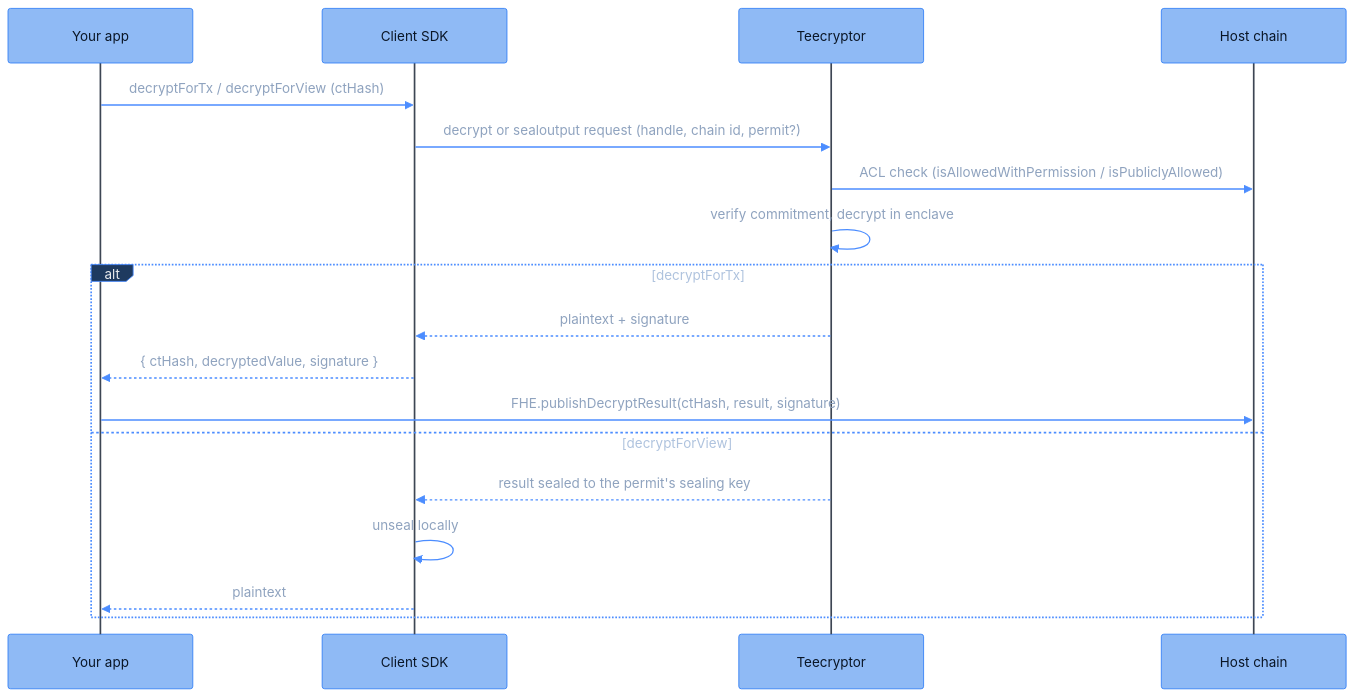
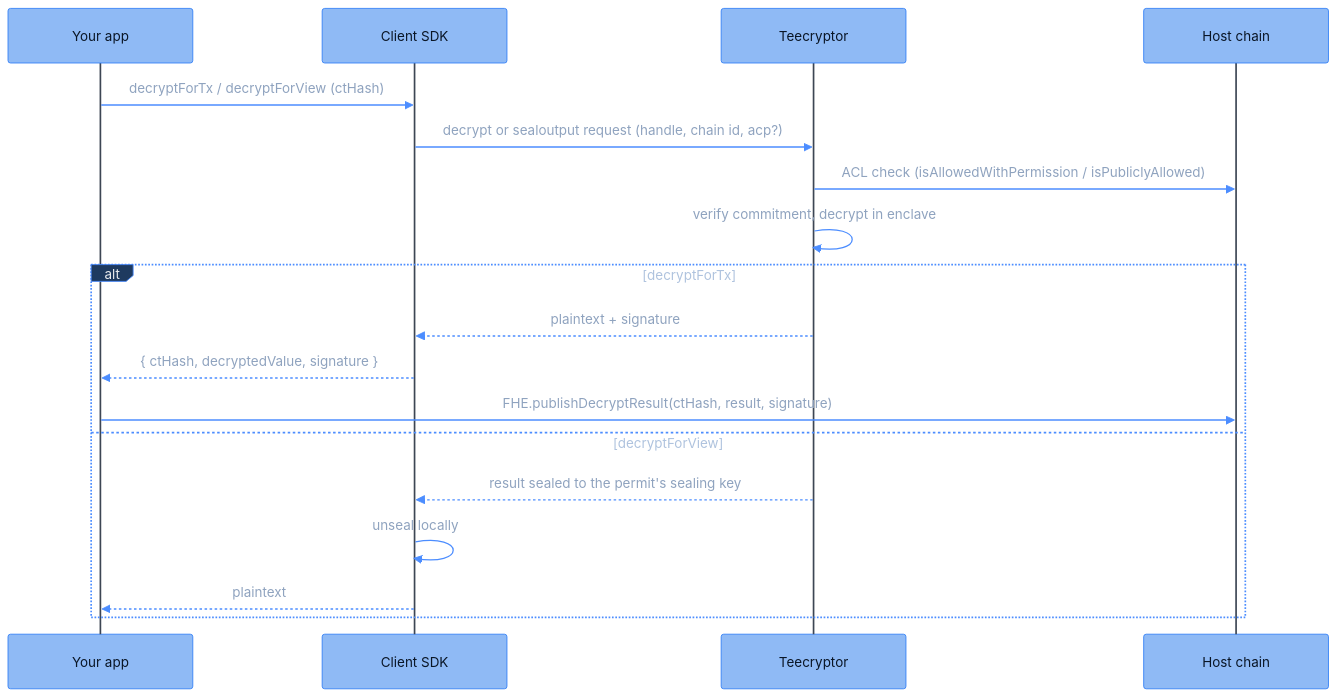
The diagram in deep-dive/data-flows/decryption-request-flow.mdx (FhenixProtocol/fhenix-developer-docs), drawn with Mermaid before and after one commit. The commit also changed other lines of this file, not shown here.

Commit message:
[DOCS] deep-dive/decryption-request-flow: define permit as ACP at first use (ACP upgrade)

````diff
--- a/deep-dive/data-flows/decryption-request-flow.mdx
+++ b/deep-dive/data-flows/decryption-request-flow.mdx
@@ -91,22 +91,22 @@
 ```mermaid
 %%{init: {"theme": "base", "themeVariables": {"fontFamily": "Menlo, Monaco, Consolas, monospace", "fontSize": "16px", "primaryColor": "#8FBAF5", "primaryBorderColor": "#2E7CF6", "primaryTextColor": "#0A1626", "lineColor": "#4C8DFF", "signalColor": "#4C8DFF", "signalTextColor": "#8FA3BF", "actorBkg": "#8FBAF5", "actorBorder": "#2E7CF6", "actorTextColor": "#0A1626", "actorLineColor": "#3D4654", "noteBkgColor": "#14171C", "noteBorderColor": "#3D4654", "noteTextColor": "#AFC3DE", "activationBkgColor": "#1E3A5F", "activationBorderColor": "#4C8DFF", "clusterBkg": "#14171C", "clusterBorder": "#3D4654", "titleColor": "#E7EAEE", "edgeLabelBackground": "#8FBAF5", "textColor": "#AFC3DE", "labelTextColor": "#E7EAEE", "tertiaryColor": "#14171C", "loopTextColor": "#AFC3DE", "labelBoxBkgColor": "#1E3A5F", "labelBoxBorderColor": "#4C8DFF"}, "sequence": {"actorFontFamily": "Menlo, Monaco, Consolas, monospace", "messageFontFamily": "Menlo, Monaco, Consolas, monospace", "noteFontFamily": "Menlo, Monaco, Consolas, monospace", "width": 220, "actorFontSize": 16, "messageFontSize": 16, "noteFontSize": 15}}}%%
 sequenceDiagram
     participant App as Your app
     participant SDK as Client SDK
     participant Teecryptor
     participant Chain as Host chain
 
     App->>SDK: decryptForTx / decryptForView (ctHash)
-    SDK->>Teecryptor: decrypt or sealoutput request (handle, chain id, permit?)
+    SDK->>Teecryptor: decrypt or sealoutput request (handle, chain id, acp?)
     Teecryptor->>Chain: ACL check (isAllowedWithPermission / isPubliclyAllowed)
     Teecryptor->>Teecryptor: verify commitment, decrypt in enclave
     alt decryptForTx
         Teecryptor-->>SDK: plaintext + signature
         SDK-->>App: { ctHash, decryptedValue, signature }
         App->>Chain: FHE.publishDecryptResult(ctHash, result, signature)
     else decryptForView
         Teecryptor-->>SDK: result sealed to the permit's sealing key
         SDK->>SDK: unseal locally
         SDK-->>App: plaintext
     end
 ```
````
